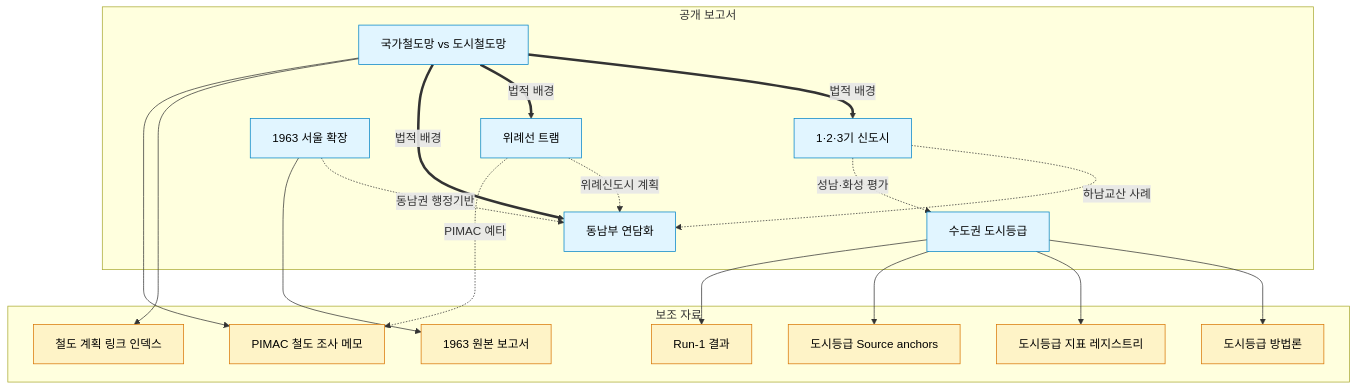
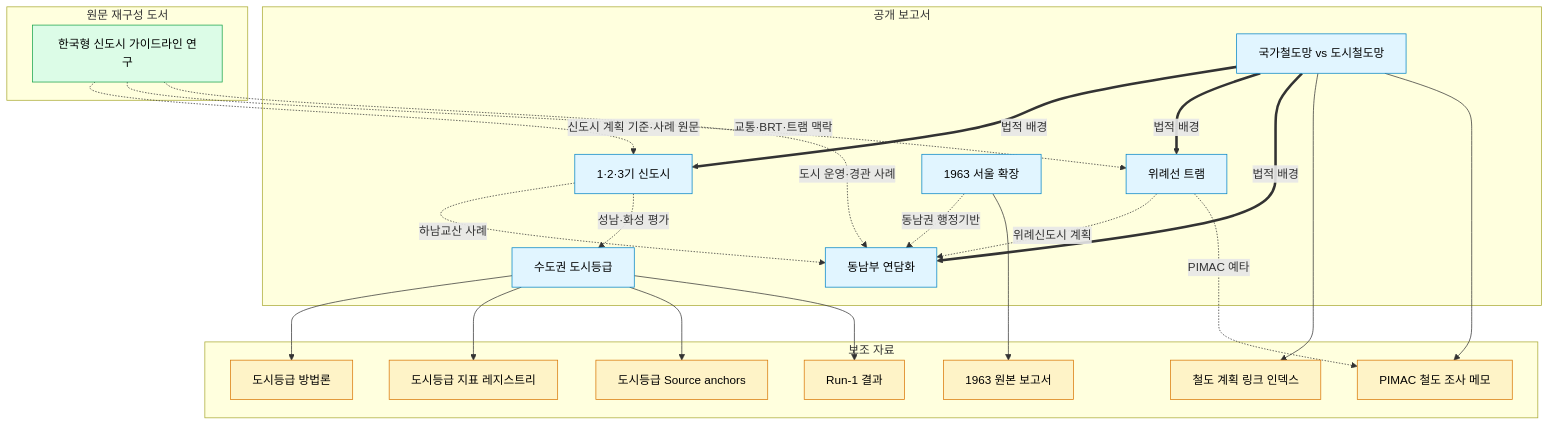
One commit to payolajoker/report changed the diagram in README.md. Above: the diagram before and after it, drawn with Mermaid. The commit also changed other lines of this file, not shown here.

Commit message:
Update README with book archive

````diff
--- a/README.md
+++ b/README.md
@@ -9,45 +9,55 @@
 ```mermaid
 graph TD
     subgraph Reports["공개 보고서"]
         R1["1·2·3기 신도시"]
         R2["위례선 트램"]
         R3["동남부 연담화"]
         R4["1963 서울 확장"]
         R5["국가철도망 vs 도시철도망"]
         R6["수도권 도시등급"]
     end
 
     subgraph Supplements["보조 자료"]
         S1["도시등급 방법론"]
         S2["도시등급 지표 레지스트리"]
         S3["도시등급 Source anchors"]
         S4["Run-1 결과"]
         S5["철도 계획 링크 인덱스"]
         S6["PIMAC 철도 조사 메모"]
         S7["1963 원본 보고서"]
     end
 
+    subgraph Books["원문 재구성 도서"]
+        B1["한국형 신도시 가이드라인 연구"]
+    end
+
     R1 -.하남교산 사례.-> R3
     R1 -.성남·화성 평가.-> R6
     R2 -.위례신도시 계획.-> R3
     R4 -.동남권 행정기반.-> R3
     R5 ==법적 배경==> R1
     R5 ==법적 배경==> R2
     R5 ==법적 배경==> R3
 
     R6 --> S1
     R6 --> S2
     R6 --> S3
     R6 --> S4
 
     R5 --> S5
     R5 --> S6
     R2 -.PIMAC 예타.-> S6
 
     R4 --> S7
 
+    B1 -.신도시 계획 기준·사례 원문.-> R1
+    B1 -.교통·BRT·트램 맥락.-> R2
+    B1 -.도시 운영·경관 사례.-> R3
+
     classDef report fill:#e1f5ff,stroke:#0284c7,color:#000
     classDef supp fill:#fef3c7,stroke:#d97706,color:#000
+    classDef book fill:#dcfce7,stroke:#16a34a,color:#000
     class R1,R2,R3,R4,R5,R6 report
     class S1,S2,S3,S4,S5,S6,S7 supp
+    class B1 book
 ```
````
